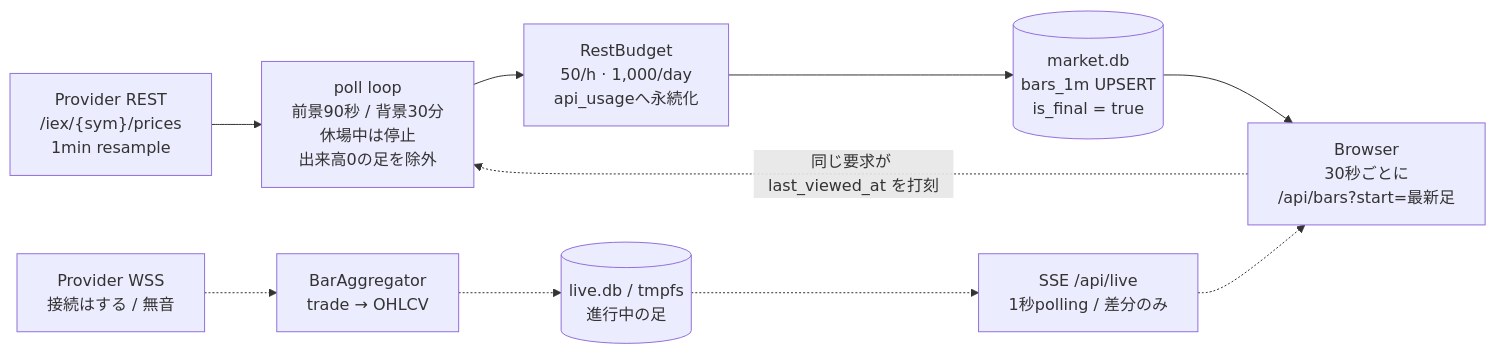
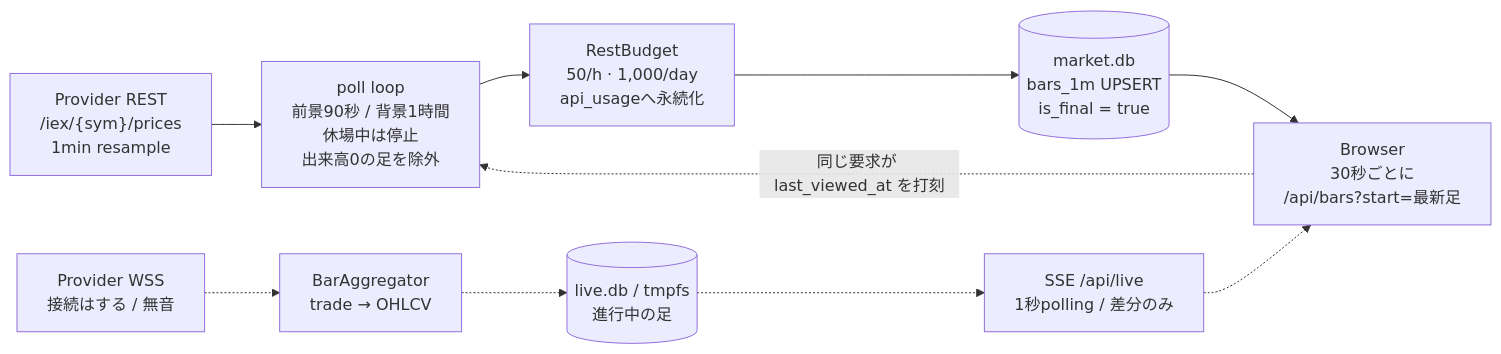
One commit to makechair/spelling-inconsistencies changed the second of 14 diagrams in docs/system-architecture.md. Above: the diagram before and after it, drawn with Mermaid. The commit also changed other lines of this file and 21 other files, not shown here.

````diff
--- a/docs/system-architecture.md
+++ b/docs/system-architecture.md
@@ -127,18 +130,18 @@
 ```mermaid
 flowchart LR
     PR["Provider REST<br/>/iex/{sym}/prices<br/>1min resample"]
-    PL["poll loop<br/>前景90秒 / 背景30分<br/>休場中は停止<br/>出来高0の足を除外"]
+    PL["poll loop<br/>前景90秒 / 背景1時間<br/>休場中は停止<br/>出来高0の足を除外"]
     RB["RestBudget<br/>50/h · 1,000/day<br/>api_usageへ永続化"]
     MD[("market.db<br/>bars_1m UPSERT<br/>is_final = true")]
     BR["Browser<br/>30秒ごとに<br/>/api/bars?start=最新足"]
 
     PR --> PL --> RB --> MD --> BR
     BR -. "同じ要求が last_viewed_at を打刻" .-> PL
 
     WSS["Provider WSS<br/>接続はする / 無音"]
     AGG["BarAggregator<br/>trade → OHLCV"]
     LV[("live.db / tmpfs<br/>進行中の足")]
     SSE["SSE /api/live<br/>1秒polling / 差分のみ"]
 
     WSS -.-> AGG -.-> LV -.-> SSE -.-> BR
 ```
````
